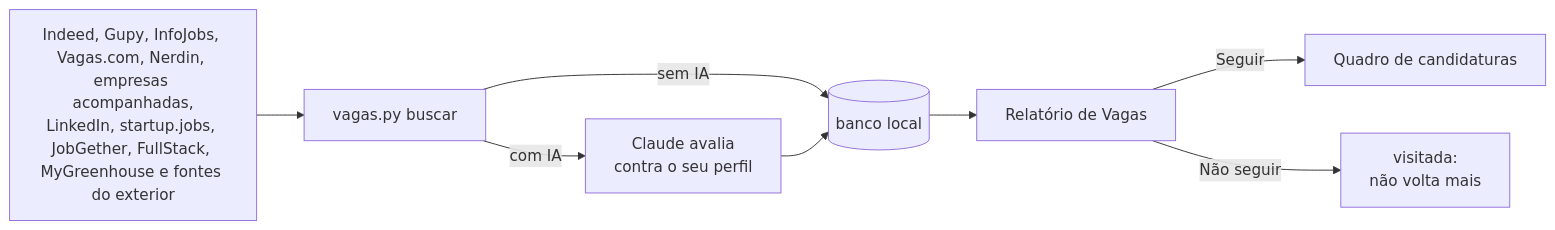
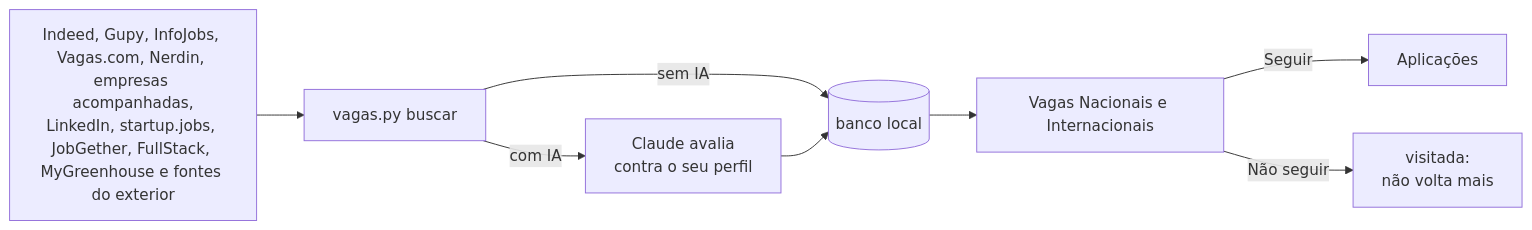
The diagram in README.md (SouMarcel/meu-proximo-trampo), drawn with Mermaid before and after one commit. The commit also changed other lines of this file and 14 other files, not shown here.

````diff
--- a/README.md
+++ b/README.md
@@ -161,10 +161,10 @@
 ```mermaid
 flowchart LR
   A[Indeed, Gupy, InfoJobs, Vagas.com, Nerdin, empresas acompanhadas,<br/>LinkedIn, startup.jobs, JobGether, FullStack, MyGreenhouse e fontes do exterior] --> B[vagas.py buscar]
   B -->|sem IA| D[(banco local)]
   B -->|com IA| C[Claude avalia<br/>contra o seu perfil]
   C --> D
-  D --> E[Relatório de Vagas]
-  E -->|Seguir| F[Quadro de candidaturas]
+  D --> E[Vagas Nacionais e Internacionais]
+  E -->|Seguir| F[Aplicações]
   E -->|Não seguir| G[visitada:<br/>não volta mais]
 ```
````
